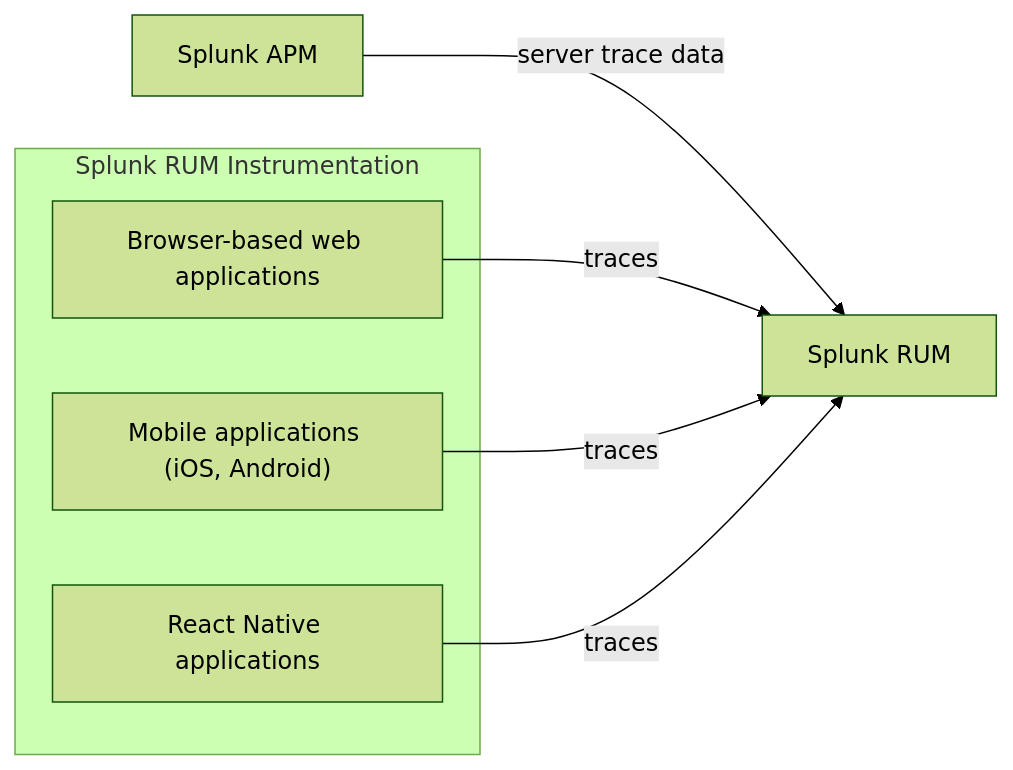
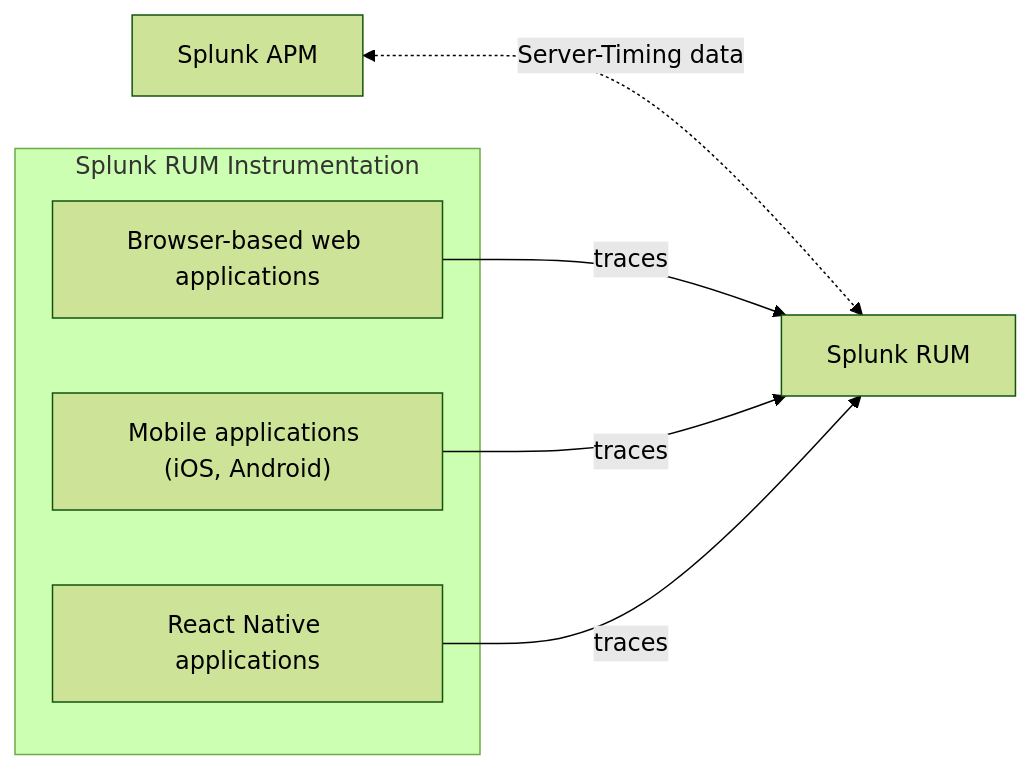
Before and after one commit to splunk/public-o11y-docs: the diagram in gdi/get-data-in/rum/rum-instrumentation.rst, drawn with Mermaid (forest theme).

Commit message:
Splunk APM server-timing data

```diff
--- a/gdi/get-data-in/rum/rum-instrumentation.rst
+++ b/gdi/get-data-in/rum/rum-instrumentation.rst
@@ -20,17 +20,17 @@
 .. mermaid::
    
    flowchart LR
       subgraph "Splunk RUM Instrumentation"
       B["Browser-based web applications"]
       M["Mobile applications (iOS, Android)"]
       R["React Native applications"]
       end
 
       A["Splunk APM"]
-      A -- "server trace data" --> S
+      A <-. "Server-Timing data" .-> S
 
       B -- traces --> S
       M -- traces --> S
       R -- traces --> S
 
       S["Splunk RUM"]
```
